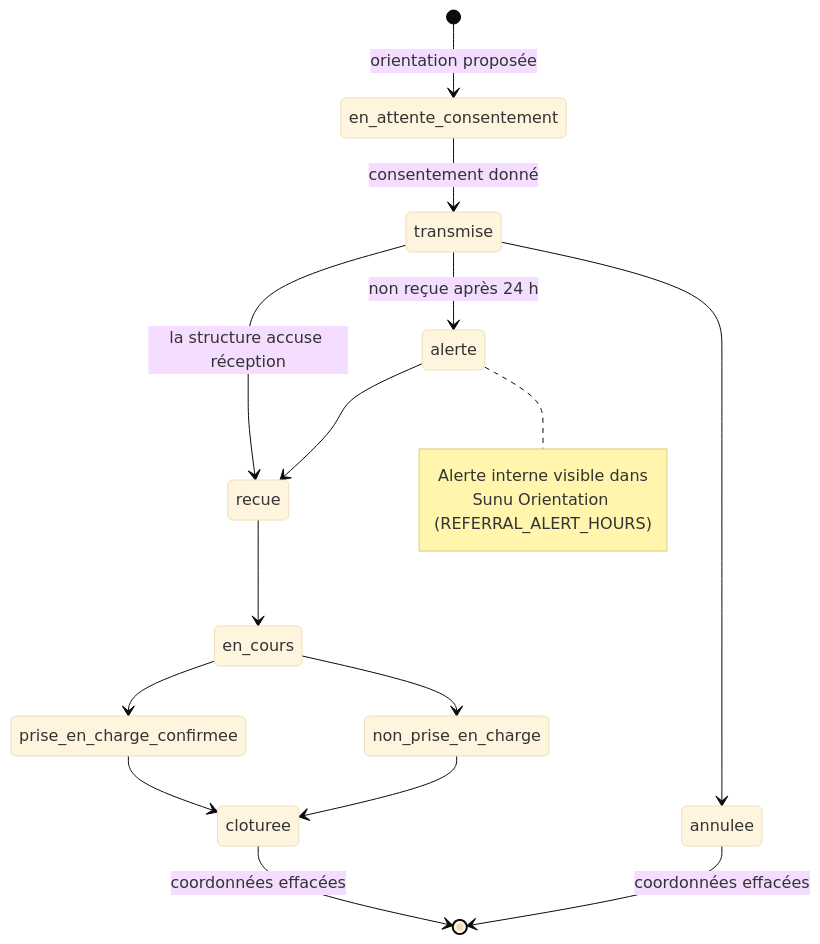
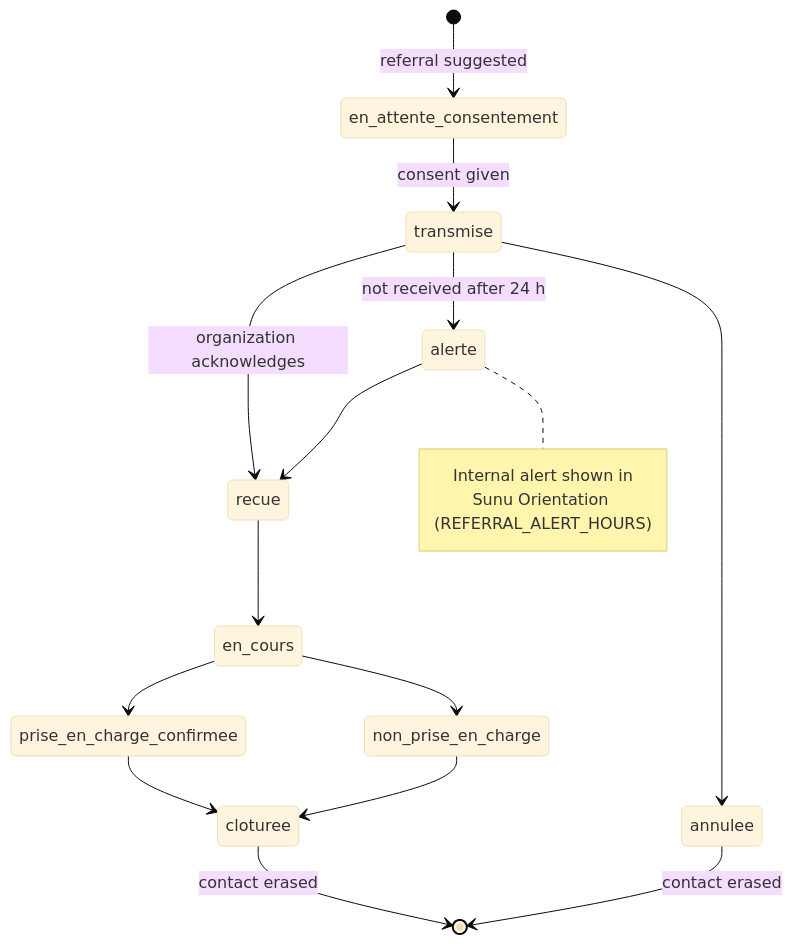
Before and after one commit to Dioumadev221/SUNUSAFEGUARD: the eighth of 17 diagrams in README.md, drawn with Mermaid (base theme). The commit also changed other lines of this file and 1 other file, not shown here.

````diff
--- a/README.md
+++ b/README.md
@@ -350,21 +344,21 @@
 ```mermaid
 stateDiagram-v2
-    [*] --> en_attente_consentement: orientation proposée
-    en_attente_consentement --> transmise: consentement donné
-    transmise --> recue: la structure accuse réception
-    transmise --> alerte: non reçue après 24 h
+    [*] --> en_attente_consentement: referral suggested
+    en_attente_consentement --> transmise: consent given
+    transmise --> recue: organization acknowledges
+    transmise --> alerte: not received after 24 h
     alerte --> recue
     recue --> en_cours
     en_cours --> prise_en_charge_confirmee
     en_cours --> non_prise_en_charge
     prise_en_charge_confirmee --> cloturee
     non_prise_en_charge --> cloturee
     transmise --> annulee
-    cloturee --> [*]: coordonnées effacées
-    annulee --> [*]: coordonnées effacées
+    cloturee --> [*]: contact erased
+    annulee --> [*]: contact erased
 
     note right of alerte
-        Alerte interne visible dans
+        Internal alert shown in
         Sunu Orientation (REFERRAL_ALERT_HOURS)
     end note
 ```
````
